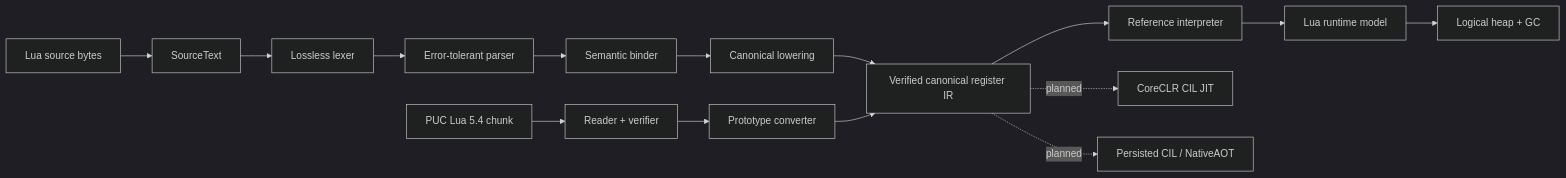
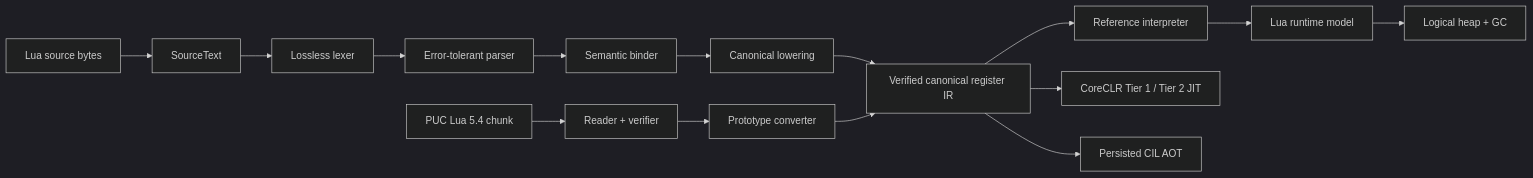
One commit to dlqw/Lunil changed the diagram in README.md. Above: the diagram before and after it, drawn with Mermaid (dark theme). The commit also changed other lines of this file and 62 other files, not shown here.

First line of the commit message:
feat: add JIT and AOT execution backends (#8)

````diff
--- a/README.md
+++ b/README.md
@@ -223,20 +226,20 @@
 ```mermaid
 flowchart LR
     Source[Lua source bytes] --> Text[SourceText]
     Text --> Lexer[Lossless lexer]
     Lexer --> Parser[Error-tolerant parser]
     Parser --> Binder[Semantic binder]
     Binder --> Lowerer[Canonical lowering]
 
     Chunk[PUC Lua 5.4 chunk] --> Reader[Reader + verifier]
     Reader --> Converter[Prototype converter]
 
     Lowerer --> IR[Verified canonical register IR]
     Converter --> IR
     IR --> Interpreter[Reference interpreter]
     Interpreter --> Runtime[Lua runtime model]
     Runtime --> Heap[Logical heap + GC]
 
-    IR -. planned .-> JIT[CoreCLR CIL JIT]
-    IR -. planned .-> AOT[Persisted CIL / NativeAOT]
+    IR --> JIT[CoreCLR Tier 1 / Tier 2 JIT]
+    IR --> AOT[Persisted CIL AOT]
 ```
````
